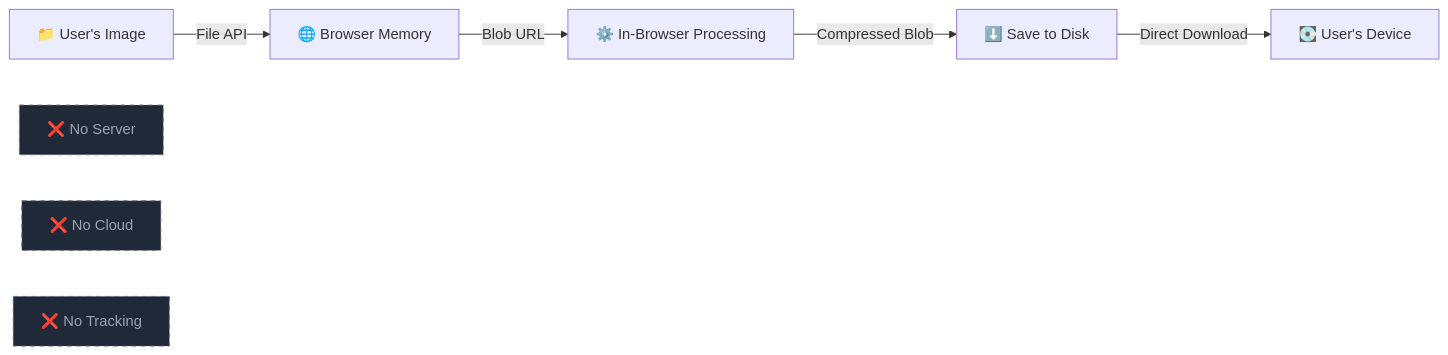
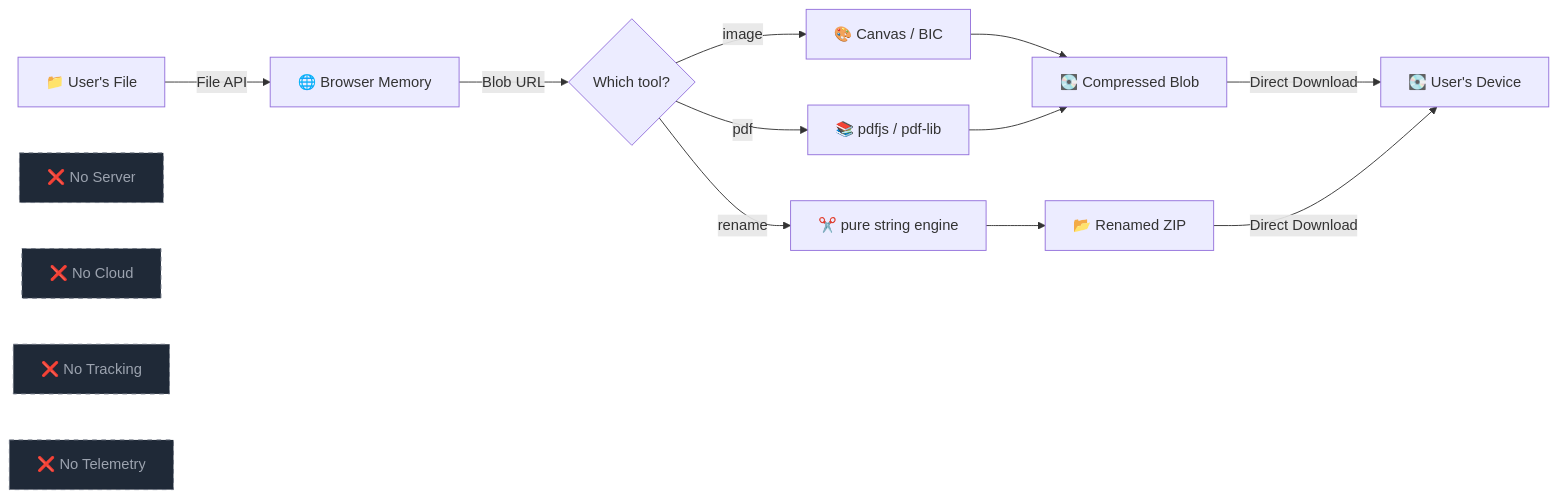
The fifth of 5 diagrams in README.md (girishlade111/image-squeeze-express), drawn with Mermaid before and after one commit. The commit also changed other lines of this file, not shown here.

````diff
--- a/README.md
+++ b/README.md
@@ -215,13 +446,20 @@
 ```mermaid
 flowchart LR
-    A[📁 User's Image] -->|File API| B[🌐 Browser Memory]
-    B -->|Blob URL| C[⚙️ In-Browser Processing]
-    C -->|Compressed Blob| D[⬇️ Save to Disk]
-    D -->|Direct Download| E[💽 User's Device]
+    A[📁 User's File] -->|File API| B[🌐 Browser Memory]
+    B -->|Blob URL| C{Which tool?}
+    C -->|image| D1[🎨 Canvas / BIC]
+    C -->|pdf| D2[📚 pdfjs / pdf-lib]
+    C -->|rename| D3[✂️ pure string engine]
+    D1 --> E[💽 Compressed Blob]
+    D2 --> E
+    D3 --> F[📂 Renamed ZIP]
+    E -->|Direct Download| G[💽 User's Device]
+    F -->|Direct Download| G
 
     X[❌ No Server]:::ghost
     Y[❌ No Cloud]:::ghost
     Z[❌ No Tracking]:::ghost
+    W[❌ No Telemetry]:::ghost
 
     classDef ghost fill:#1f2937,stroke:#6b7280,color:#9ca3af,stroke-dasharray: 5 5
 ```
````
